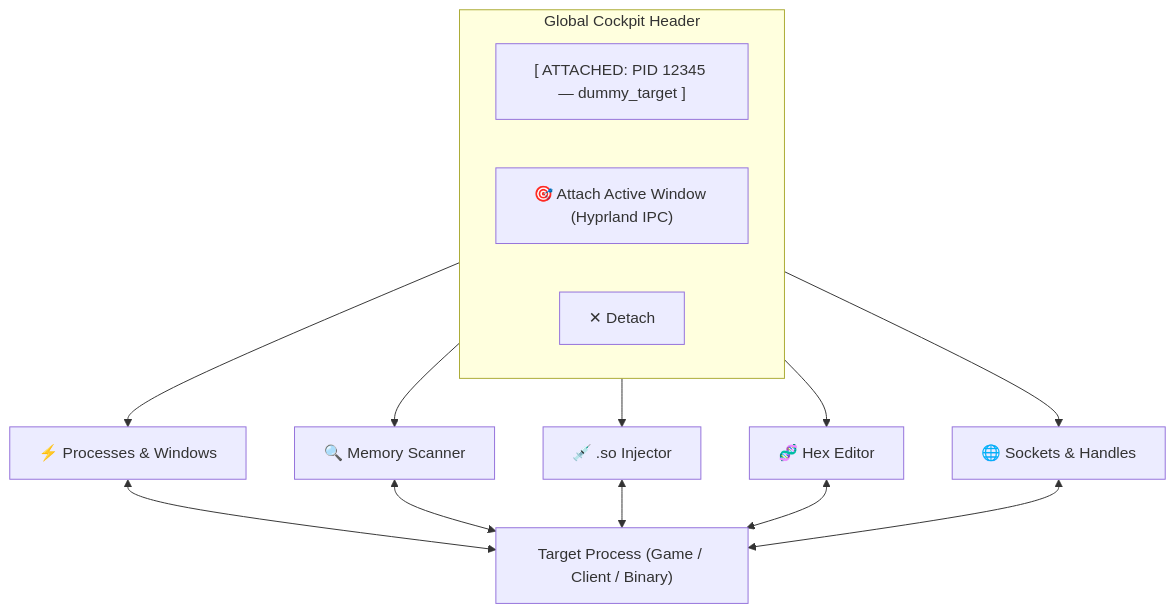
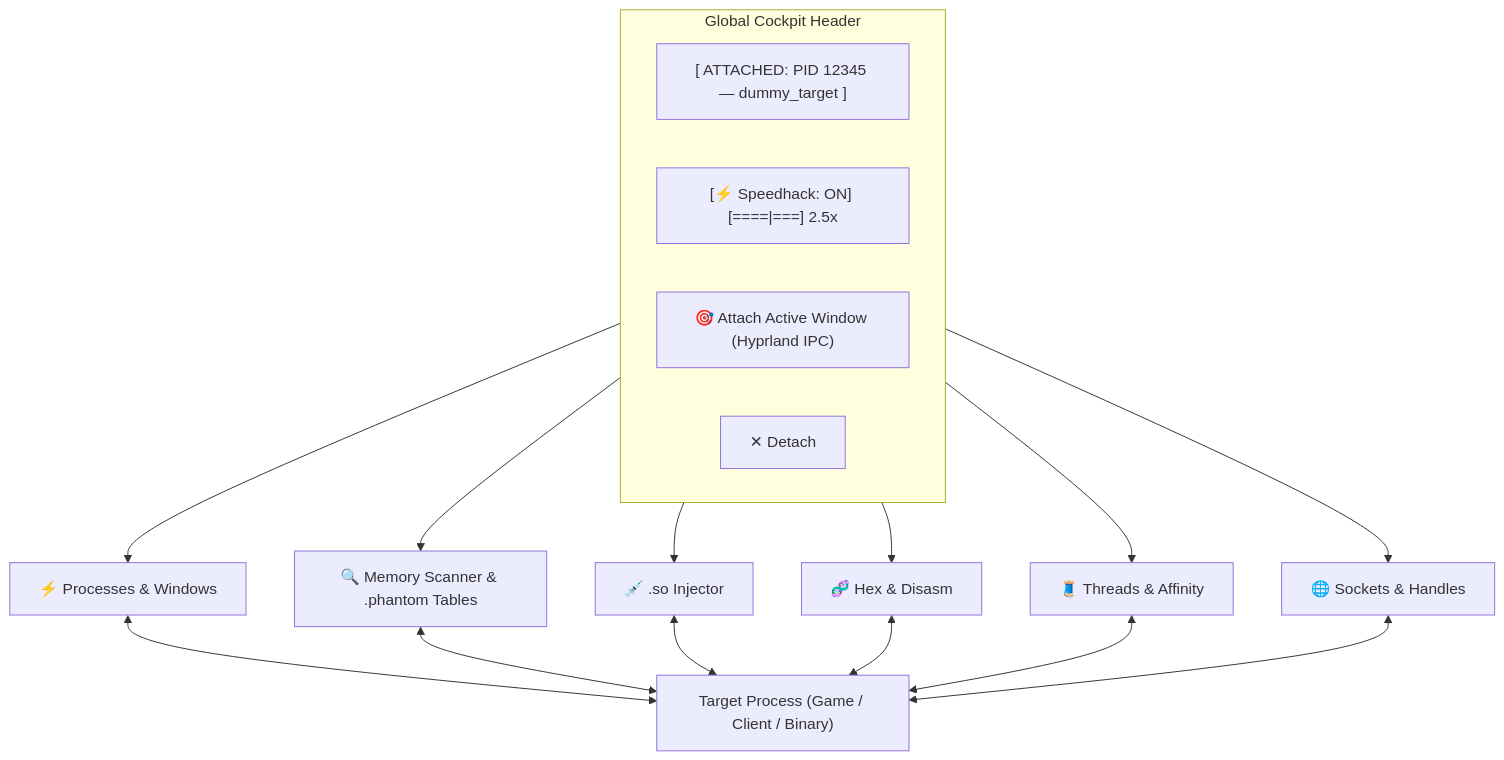
Before and after one commit to Zykoraa/PhantomSuite: the diagram in GUIDE.md, drawn with Mermaid. The commit also changed other lines of this file and 18 other files, not shown here.

Commit message:
PhantomSuite v2.0: Cheat Tables, Live Disassembler with NOPing, Pointer Scanner, Speedhack Engine, and Thread Explorer

````diff
--- a/GUIDE.md
+++ b/GUIDE.md
@@ -9,18 +9,20 @@
 ```mermaid
 flowchart TD
     TargetApp["Target Process (Game / Client / Binary)"]
 
     subgraph Header ["Global Cockpit Header"]
         TargetBadge["[ ATTACHED: PID 12345 — dummy_target ]"]
+        SpeedControl["[⚡ Speedhack: ON] [====|===] 2.5x"]
         QuickAttach["🎯 Attach Active Window (Hyprland IPC)"]
         Detach["✕ Detach"]
     end
 
     Header --> Tab1["⚡ Processes & Windows"]
-    Header --> Tab2["🔍 Memory Scanner"]
+    Header --> Tab2["🔍 Memory Scanner & .phantom Tables"]
     Header --> Tab3["💉 .so Injector"]
-    Header --> Tab4["🧬 Hex Editor"]
-    Header --> Tab5["🌐 Sockets & Handles"]
+    Header --> Tab4["🧬 Hex & Disasm"]
+    Header --> Tab5["🧵 Threads & Affinity"]
+    Header --> Tab6["🌐 Sockets & Handles"]
 
-    Tab1 & Tab2 & Tab3 & Tab4 & Tab5 <--> TargetApp
+    Tab1 & Tab2 & Tab3 & Tab4 & Tab5 & Tab6 <--> TargetApp
 ```
````
